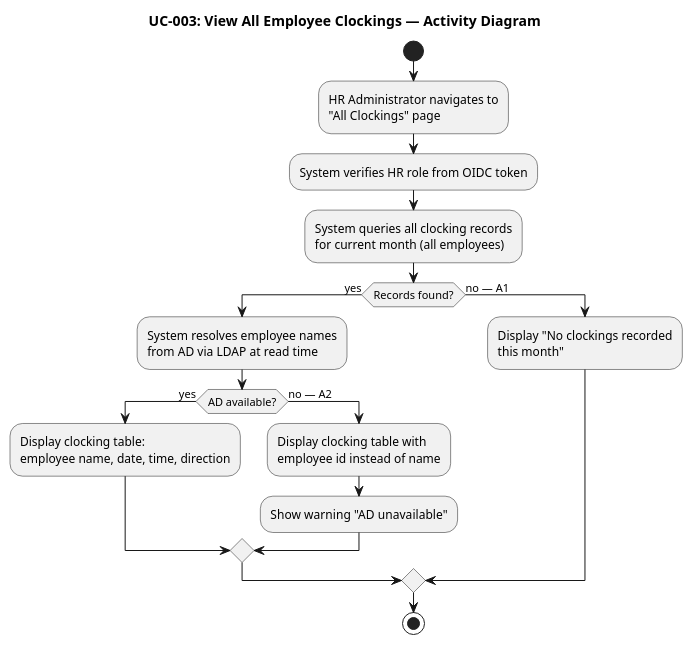
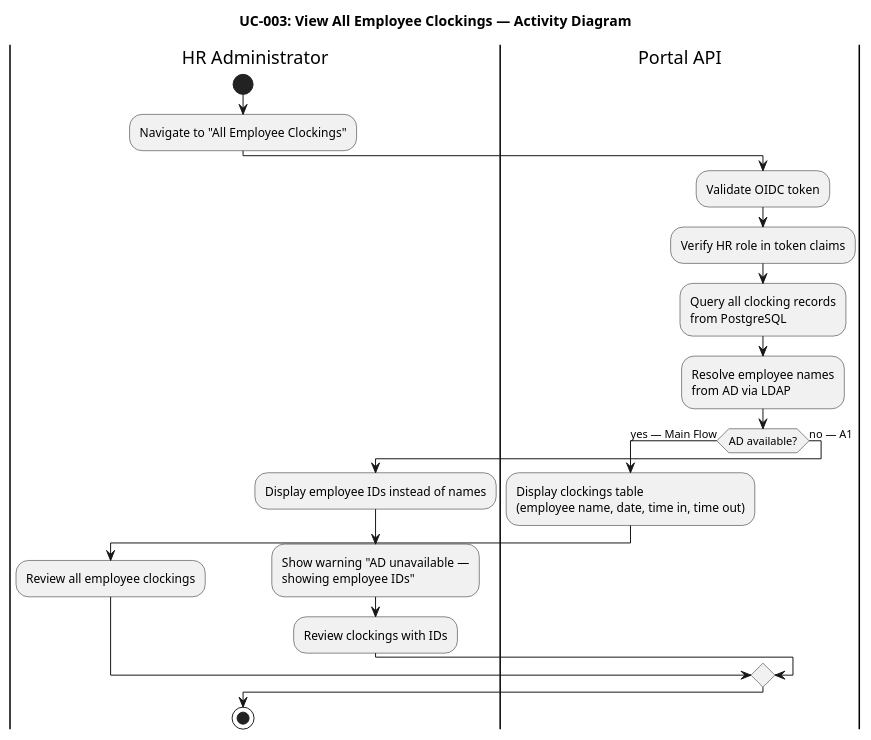
One commit to banense-test/portal-cuba-corp changed the fifth of 13 diagrams in docs/artifacts/requirements/use-case-model.md. Above: the diagram before and after it, drawn with PlantUML. The commit also changed other lines of this file, not shown here.

````diff
--- a/docs/artifacts/requirements/use-case-model.md
+++ b/docs/artifacts/requirements/use-case-model.md
@@ -253,28 +312,25 @@
 ```plantuml
 @startuml
 title UC-003: View All Employee Clockings — Activity Diagram
 
+|HR Administrator|
 start
-:HR Administrator navigates to
-"All Clockings" page;
-:System verifies HR role from OIDC token;
-:System queries all clocking records
-for current month (all employees);
-if (Records found?) then (yes)
-  :System resolves employee names
-  from AD via LDAP at read time;
-  if (AD available?) then (yes)
-    :Display clocking table:
-    employee name, date, time, direction;
-  else (no — A2)
-    :Display clocking table with
-    employee id instead of name;
-    :Show warning "AD unavailable";
-  endif
+:Navigate to "All Employee Clockings";
+|Portal API|
+:Validate OIDC token;
+:Verify HR role in token claims;
+:Query all clocking records\nfrom PostgreSQL;
+:Resolve employee names\nfrom AD via LDAP;
+if (AD available?) then (yes — Main Flow)
+  :Display clockings table\n(employee name, date, time in, time out);
+  |HR Administrator|
+  :Review all employee clockings;
 else (no — A1)
-  :Display "No clockings recorded
-  this month";
+  :Display employee IDs instead of names;
+  :Show warning "AD unavailable —\nshowing employee IDs";
+  |HR Administrator|
+  :Review clockings with IDs;
 endif
 stop
 @enduml
 ```
````
